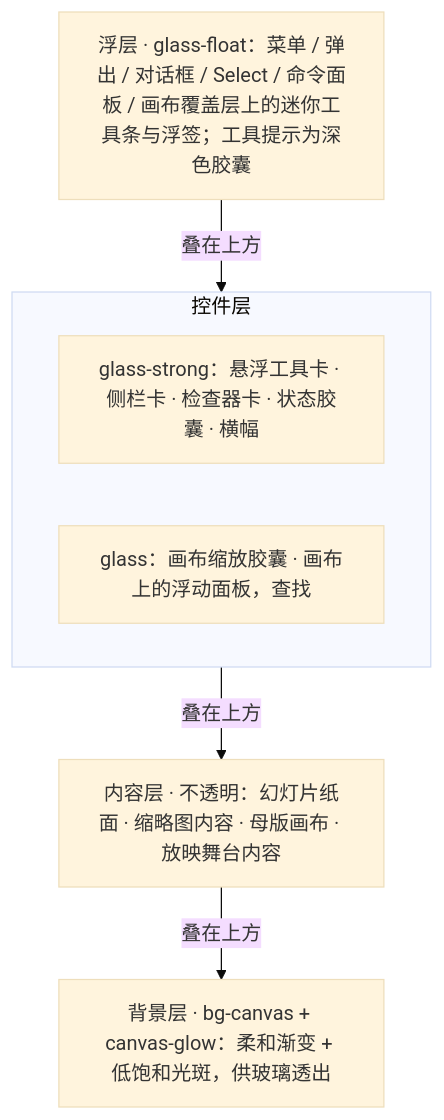
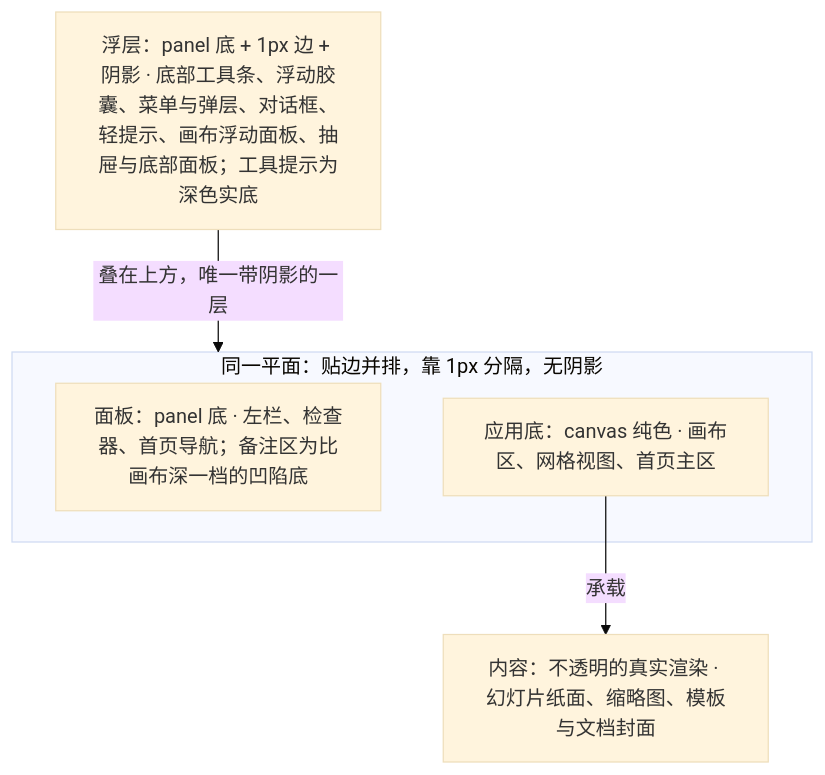
The third of 3 diagrams in docs/20-design/09-design-specification.md (Xeonice/cordis-ppt-editor), drawn with Mermaid (base theme) before and after one commit. The commit also changed other lines of this file and 44 other files, not shown here.

````diff
--- a/docs/20-design/09-design-specification.md
+++ b/docs/20-design/09-design-specification.md
@@ -179,13 +333,11 @@
 ```mermaid
 flowchart TB
-  float["浮层 · glass-float：菜单 / 弹出 / 对话框 / Select / 命令面板 / 画布覆盖层上的迷你工具条与浮签；工具提示为深色胶囊"]
-  subgraph ctl["控件层"]
-    ctlStrong["glass-strong：悬浮工具卡 · 侧栏卡 · 检查器卡 · 状态胶囊 · 横幅"]
-    ctlGlass["glass：画布缩放胶囊 · 画布上的浮动面板，查找"]
+  float["浮层：panel 底 + 1px 边 + 阴影 · 底部工具条、浮动胶囊、菜单与弹层、对话框、轻提示、画布浮动面板、抽屉与底部面板；工具提示为深色实底"]
+  subgraph base["同一平面：贴边并排，靠 1px 分隔，无阴影"]
+    panel["面板：panel 底 · 左栏、检查器、首页导航；备注区为比画布深一档的凹陷底"]
+    canvas["应用底：canvas 纯色 · 画布区、网格视图、首页主区"]
   end
-  content["内容层 · 不透明：幻灯片纸面 · 缩略图内容 · 母版画布 · 放映舞台内容"]
-  bg["背景层 · bg-canvas + canvas-glow：柔和渐变 + 低饱和光斑，供玻璃透出"]
-  float -->|"叠在上方"| ctl
-  ctl -->|"叠在上方"| content
-  content -->|"叠在上方"| bg
+  content["内容：不透明的真实渲染 · 幻灯片纸面、缩略图、模板与文档封面"]
+  float -->|"叠在上方，唯一带阴影的一层"| base
+  canvas -->|"承载"| content
 ```
````
